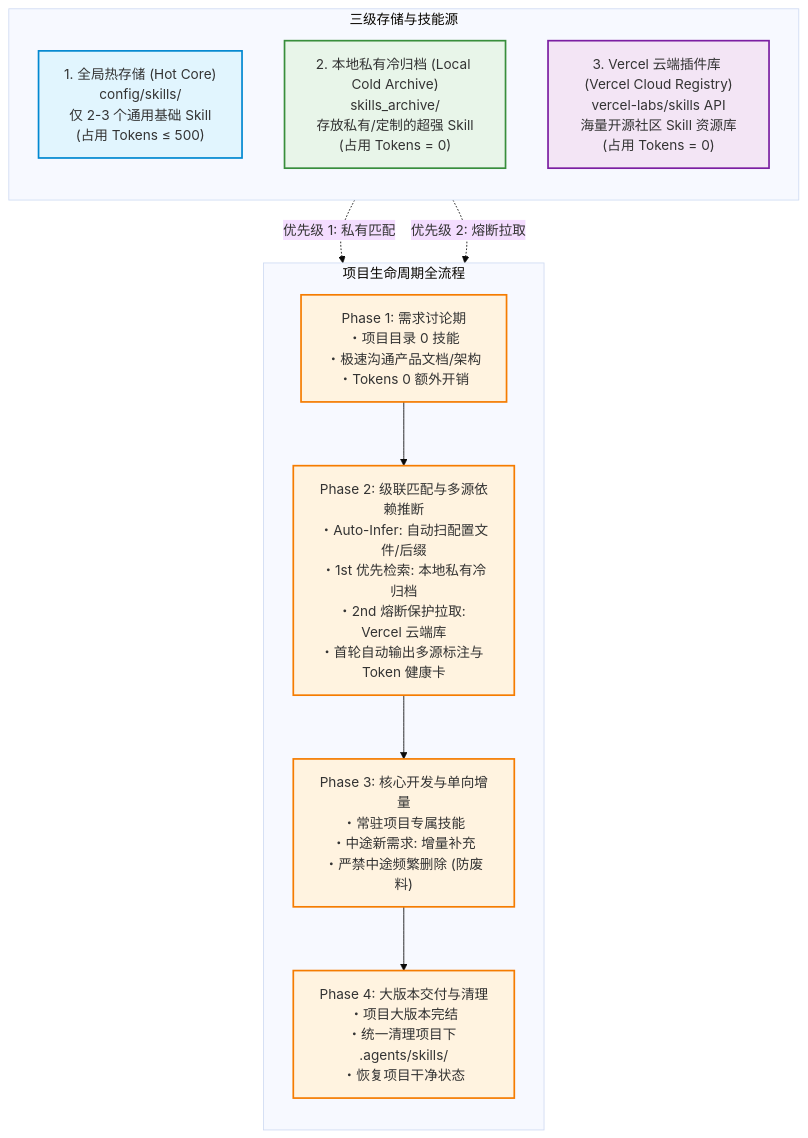
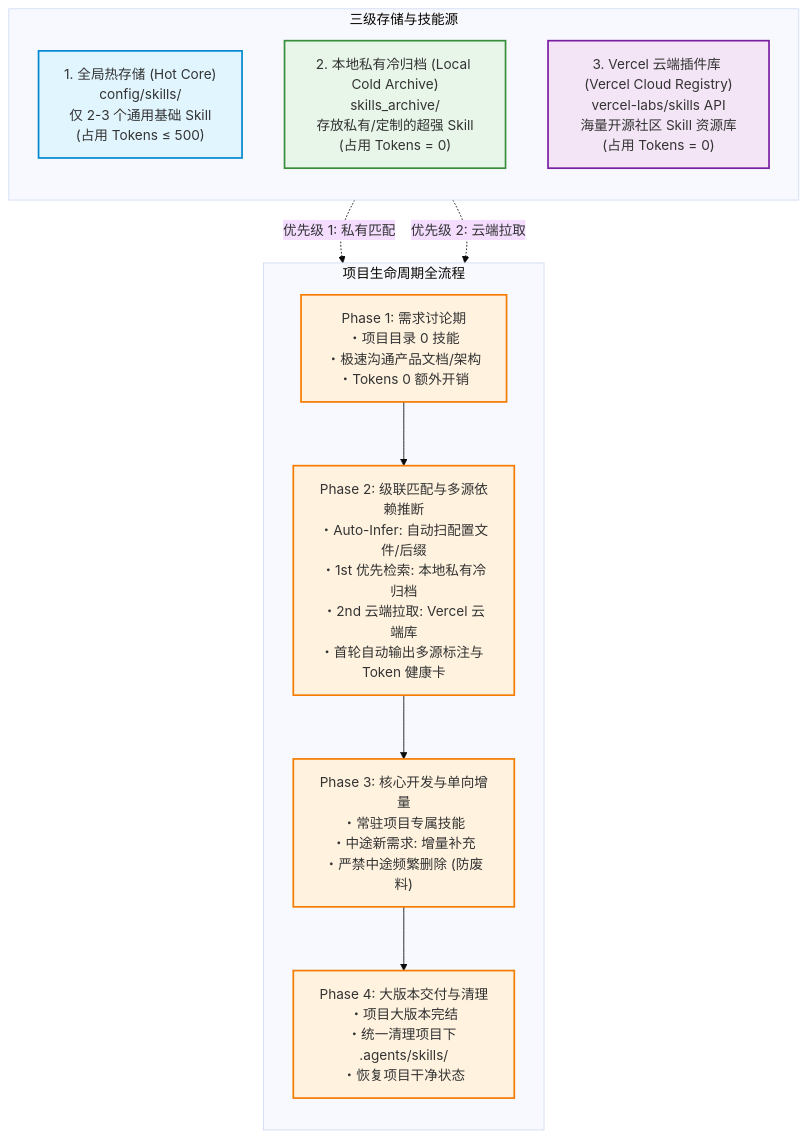
One commit to amasun/skill-orchestrator changed the first of 2 diagrams in README.md. Above: the diagram before and after it, drawn with Mermaid (base theme). The commit also changed other lines of this file and 1 other file, not shown here.

````diff
--- a/README.md
+++ b/README.md
@@ -75,27 +73,27 @@
 ```mermaid
 flowchart TD
     classDef hotStyle fill:#e1f5fe,stroke:#0288d1,stroke-width:2px;
     classDef coldStyle fill:#e8f5e9,stroke:#388e3c,stroke-width:2px;
     classDef cloudStyle fill:#f3e5f5,stroke:#7b1fa2,stroke-width:2px;
     classDef phaseStyle fill:#fff3e0,stroke:#f57c00,stroke-width:2px;
 
     subgraph STORAGE["三级存储与技能源"]
         direction TB
         HotCore["1. 全局热存储 (Hot Core)<br>config/skills/<br>仅 2-3 个通用基础 Skill<br>(占用 Tokens &le; 500)"]:::hotStyle
         ColdArchive["2. 本地私有冷归档 (Local Cold Archive)<br>skills_archive/<br>存放私有/定制的超强 Skill<br>(占用 Tokens = 0)"]:::coldStyle
         VercelCloud["3. Vercel 云端插件库 (Vercel Cloud Registry)<br>vercel-labs/skills API<br>海量开源社区 Skill 资源库<br>(占用 Tokens = 0)"]:::cloudStyle
     end
 
     subgraph LIFECYCLE["项目生命周期全流程"]
         direction TB
         P1["Phase 1: 需求讨论期<br>・项目目录 0 技能<br>・极速沟通产品文档/架构<br>・Tokens 0 额外开销"]:::phaseStyle
-        P2["Phase 2: 级联匹配与多源依赖推断<br>・Auto-Infer: 自动扫配置文件/后缀<br>・1st 优先检索: 本地私有冷归档<br>・2nd 熔断保护拉取: Vercel 云端库<br>・首轮自动输出多源标注与 Token 健康卡"]:::phaseStyle
+        P2["Phase 2: 级联匹配与多源依赖推断<br>・Auto-Infer: 自动扫配置文件/后缀<br>・1st 优先检索: 本地私有冷归档<br>・2nd 云端拉取: Vercel 云端库<br>・首轮自动输出多源标注与 Token 健康卡"]:::phaseStyle
         P3["Phase 3: 核心开发与单向增量<br>・常驻项目专属技能<br>・中途新需求: 增量补充<br>・严禁中途频繁删除 (防废料)"]:::phaseStyle
         P4["Phase 4: 大版本交付与清理<br>・项目大版本完结<br>・统一清理项目下 .agents/skills/<br>・恢复项目干净状态"]:::phaseStyle
 
         P1 --> P2 --> P3 --> P4
     end
 
     ColdArchive -.->|优先级 1: 私有匹配| P2
-    VercelCloud -.->|优先级 2: 熔断拉取| P2
+    VercelCloud -.->|优先级 2: 云端拉取| P2
 ```
````
